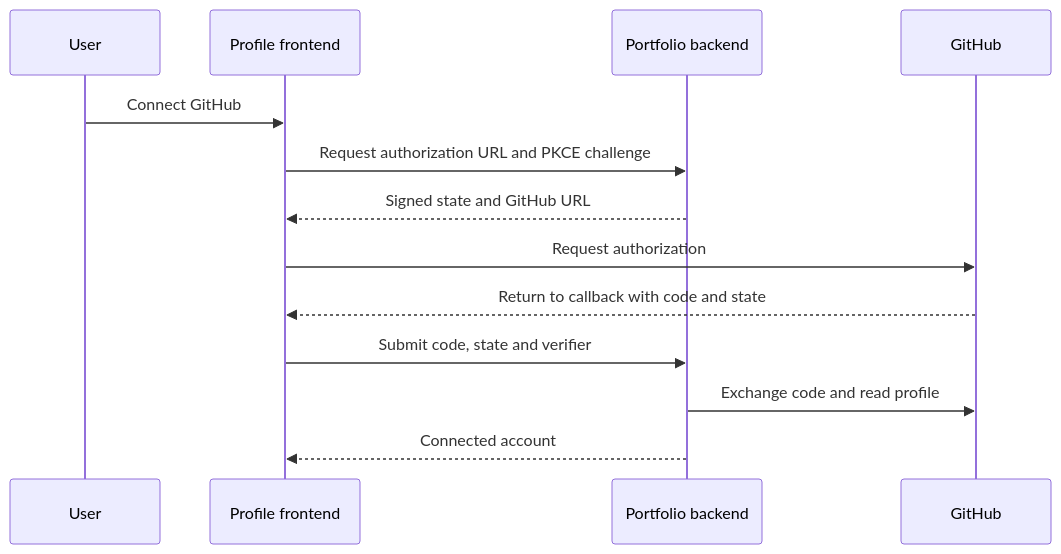
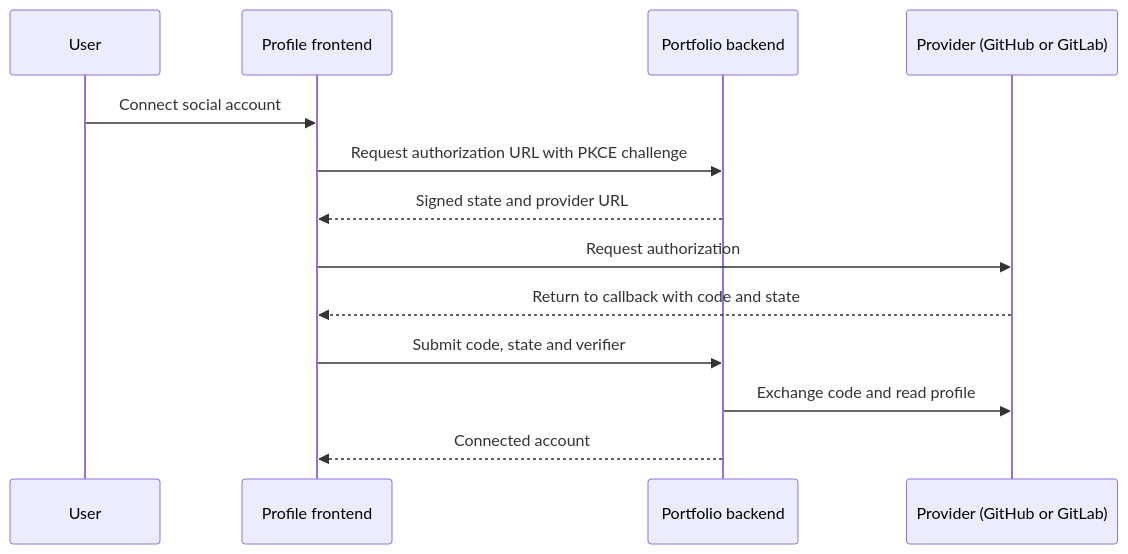
One commit to UMSSY/umssy-app changed the diagram in docs/portfolio/README.md. Above: the diagram before and after it, drawn with Mermaid. The commit also changed other lines of this file and 12 other files, not shown here.

Commit message:
fix(profile): address review feedback on cv dates and oauth callback

````diff
--- a/docs/portfolio/README.md
+++ b/docs/portfolio/README.md
@@ -13,15 +25,15 @@
 ```mermaid
 sequenceDiagram
   participant User
   participant UI as Profile frontend
   participant API as Portfolio backend
-  participant GitHub
-  User->>UI: Connect GitHub
-  UI->>API: Request authorization URL and PKCE challenge
-  API-->>UI: Signed state and GitHub URL
-  UI->>GitHub: Request authorization
-  GitHub-->>UI: Return to callback with code and state
+  participant Provider as Provider (GitHub or GitLab)
+  User->>UI: Connect social account
+  UI->>API: Request authorization URL with PKCE challenge
+  API-->>UI: Signed state and provider URL
+  UI->>Provider: Request authorization
+  Provider-->>UI: Return to callback with code and state
   UI->>API: Submit code, state and verifier
-  API->>GitHub: Exchange code and read profile
+  API->>Provider: Exchange code and read profile
   API-->>UI: Connected account
 ```
````
